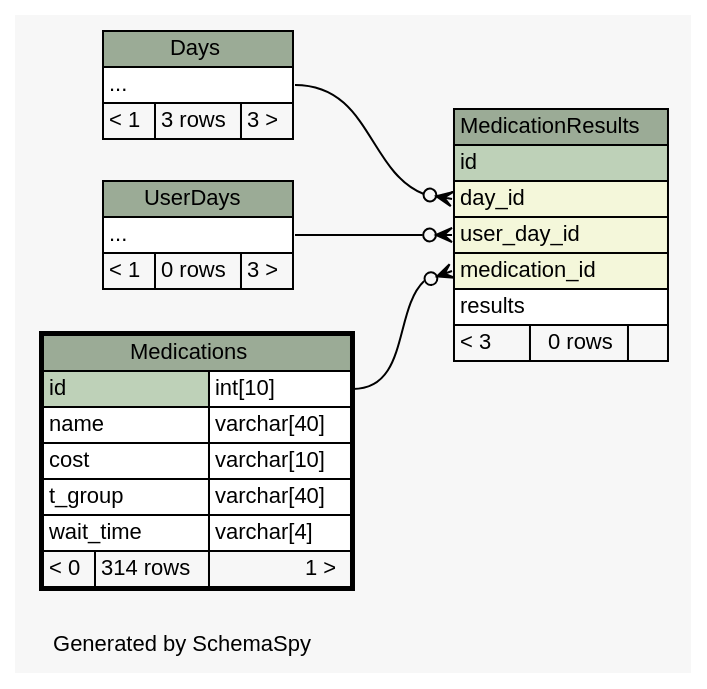
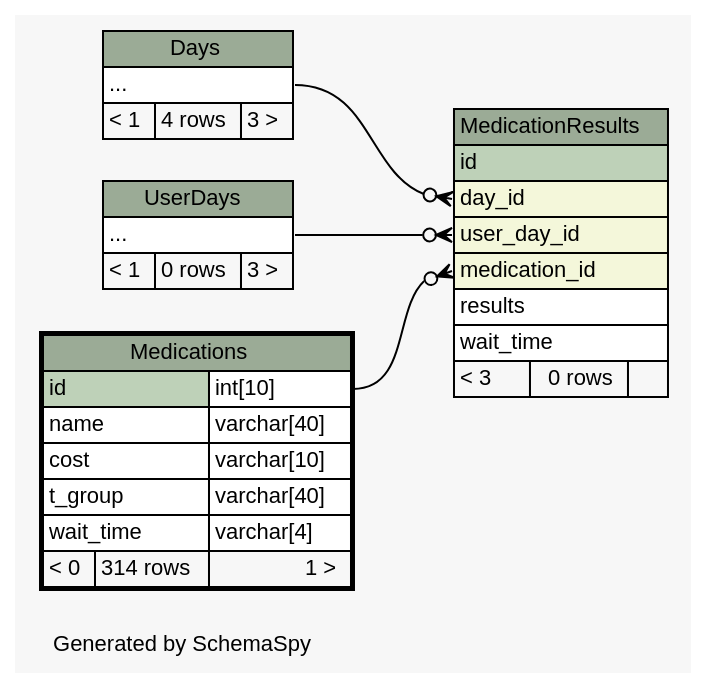
The diagram in web/files/schema/diagrams/Medications.2degrees.dot (carrel2/CaseStudies), drawn with Graphviz before and after one commit. The commit also changed 256 other files, not shown here.

```diff
--- a/web/files/schema/diagrams/Medications.2degrees.dot
+++ b/web/files/schema/diagrams/Medications.2degrees.dot
@@ -1,73 +1,74 @@
-// dot 2.38.0 on Linux 4.4.0-77-generic
+// dot 2.38.0 on Linux 4.4.0-78-generic
 // SchemaSpy rev 590
 digraph "twoDegreesRelationshipsDiagram" {
   graph [
     rankdir="RL"
     bgcolor="#f7f7f7"
     label="\nGenerated by SchemaSpy"
     labeljust="l"
     nodesep="0.18"
     ranksep="0.46"
     fontname="Helvetica"
     fontsize="11"
   ];
   node [
     fontname="Helvetica"
     fontsize="11"
     shape="plaintext"
   ];
   edge [
     arrowsize="0.8"
   ];
   "MedicationResults":"day_id":w -> "Days":"elipses":e [arrowhead=none dir=back arrowtail=crowodot];
   "MedicationResults":"medication_id":w -> "Medications":"id.type":e [arrowhead=none dir=back arrowtail=crowodot];
   "MedicationResults":"user_day_id":w -> "UserDays":"elipses":e [arrowhead=none dir=back arrowtail=crowodot];
   "Days" [
     label=<
     <TABLE BORDER="0" CELLBORDER="1" CELLSPACING="0" BGCOLOR="#ffffff">
       <TR><TD COLSPAN="3" BGCOLOR="#9bab96" ALIGN="CENTER">Days</TD></TR>
       <TR><TD PORT="elipses" COLSPAN="3" ALIGN="LEFT">...</TD></TR>
-      <TR><TD ALIGN="LEFT" BGCOLOR="#f7f7f7">&lt; 1</TD><TD ALIGN="RIGHT" BGCOLOR="#f7f7f7">3 rows</TD><TD ALIGN="RIGHT" BGCOLOR="#f7f7f7">3 &gt;</TD></TR>
+      <TR><TD ALIGN="LEFT" BGCOLOR="#f7f7f7">&lt; 1</TD><TD ALIGN="RIGHT" BGCOLOR="#f7f7f7">4 rows</TD><TD ALIGN="RIGHT" BGCOLOR="#f7f7f7">3 &gt;</TD></TR>
     </TABLE>>
     URL="Days.html"
     tooltip="Days"
   ];
   "MedicationResults" [
     label=<
     <TABLE BORDER="0" CELLBORDER="1" CELLSPACING="0" BGCOLOR="#ffffff">
       <TR><TD COLSPAN="3" BGCOLOR="#9bab96" ALIGN="CENTER">MedicationResults</TD></TR>
       <TR><TD PORT="id" COLSPAN="3" BGCOLOR="#bed1b8" ALIGN="LEFT">id</TD></TR>
       <TR><TD PORT="day_id" COLSPAN="3" BGCOLOR="#f4f7da" ALIGN="LEFT">day_id</TD></TR>
       <TR><TD PORT="user_day_id" COLSPAN="3" BGCOLOR="#f4f7da" ALIGN="LEFT">user_day_id</TD></TR>
       <TR><TD PORT="medication_id" COLSPAN="3" BGCOLOR="#f4f7da" ALIGN="LEFT">medication_id</TD></TR>
       <TR><TD PORT="results" COLSPAN="3" ALIGN="LEFT">results</TD></TR>
+      <TR><TD PORT="wait_time" COLSPAN="3" ALIGN="LEFT">wait_time</TD></TR>
       <TR><TD ALIGN="LEFT" BGCOLOR="#f7f7f7">&lt; 3</TD><TD ALIGN="RIGHT" BGCOLOR="#f7f7f7">0 rows</TD><TD ALIGN="RIGHT" BGCOLOR="#f7f7f7">  </TD></TR>
     </TABLE>>
     URL="MedicationResults.html"
     tooltip="MedicationResults"
   ];
   "Medications" [
     label=<
     <TABLE BORDER="2" CELLBORDER="1" CELLSPACING="0" BGCOLOR="#ffffff">
       <TR><TD COLSPAN="3" BGCOLOR="#9bab96" ALIGN="CENTER">Medications</TD></TR>
       <TR><TD PORT="id" COLSPAN="2" BGCOLOR="#bed1b8" ALIGN="LEFT">id</TD><TD PORT="id.type" ALIGN="LEFT">int[10]</TD></TR>
       <TR><TD PORT="name" COLSPAN="2" ALIGN="LEFT">name</TD><TD PORT="name.type" ALIGN="LEFT">varchar[40]</TD></TR>
       <TR><TD PORT="cost" COLSPAN="2" ALIGN="LEFT">cost</TD><TD PORT="cost.type" ALIGN="LEFT">varchar[10]</TD></TR>
       <TR><TD PORT="t_group" COLSPAN="2" ALIGN="LEFT">t_group</TD><TD PORT="t_group.type" ALIGN="LEFT">varchar[40]</TD></TR>
       <TR><TD PORT="wait_time" COLSPAN="2" ALIGN="LEFT">wait_time</TD><TD PORT="wait_time.type" ALIGN="LEFT">varchar[4]</TD></TR>
       <TR><TD ALIGN="LEFT" BGCOLOR="#f7f7f7">&lt; 0</TD><TD ALIGN="RIGHT" BGCOLOR="#f7f7f7">314 rows</TD><TD ALIGN="RIGHT" BGCOLOR="#f7f7f7">1 &gt;</TD></TR>
     </TABLE>>
     URL="Medications.html"
     tooltip="Medications"
   ];
   "UserDays" [
     label=<
     <TABLE BORDER="0" CELLBORDER="1" CELLSPACING="0" BGCOLOR="#ffffff">
       <TR><TD COLSPAN="3" BGCOLOR="#9bab96" ALIGN="CENTER">UserDays</TD></TR>
       <TR><TD PORT="elipses" COLSPAN="3" ALIGN="LEFT">...</TD></TR>
       <TR><TD ALIGN="LEFT" BGCOLOR="#f7f7f7">&lt; 1</TD><TD ALIGN="RIGHT" BGCOLOR="#f7f7f7">0 rows</TD><TD ALIGN="RIGHT" BGCOLOR="#f7f7f7">3 &gt;</TD></TR>
     </TABLE>>
     URL="UserDays.html"
     tooltip="UserDays"
   ];
 }
```
